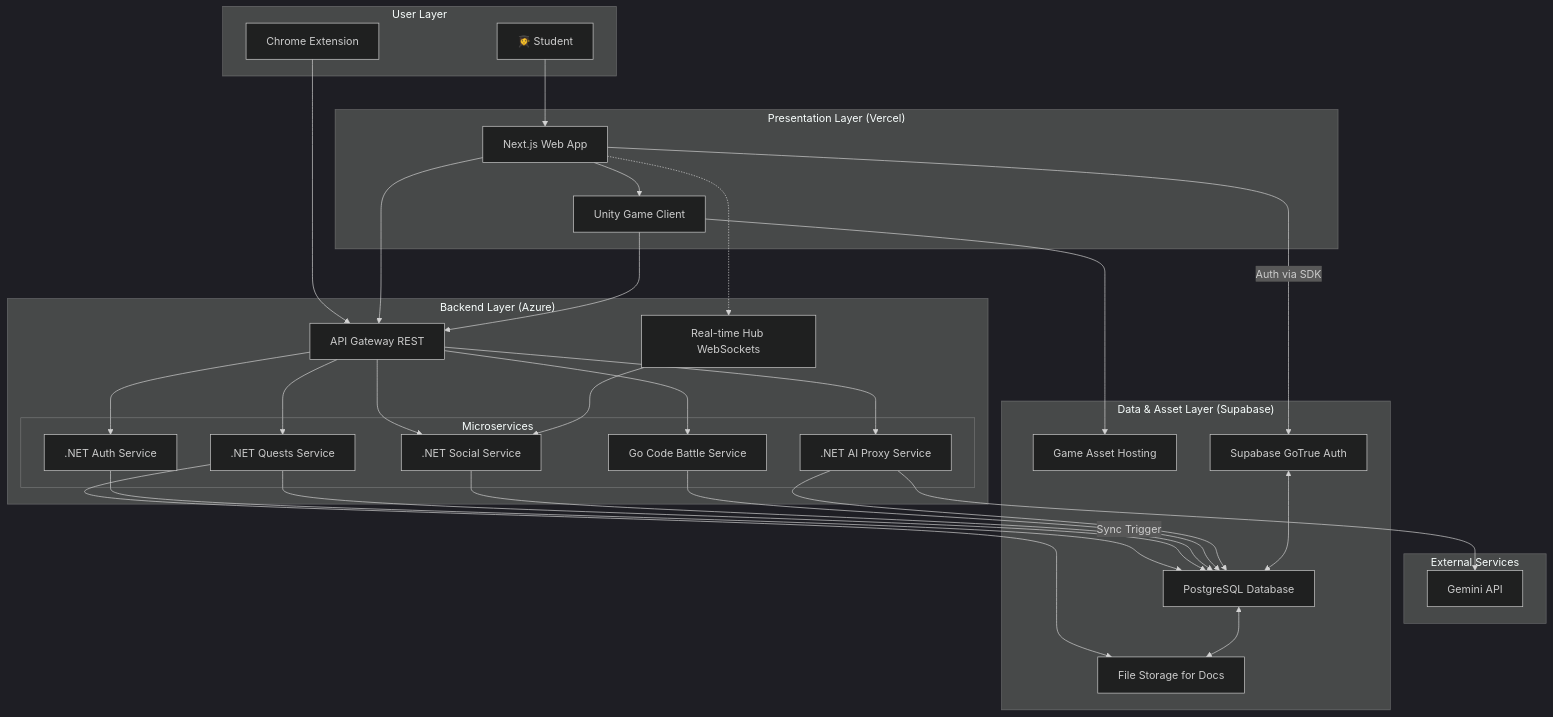
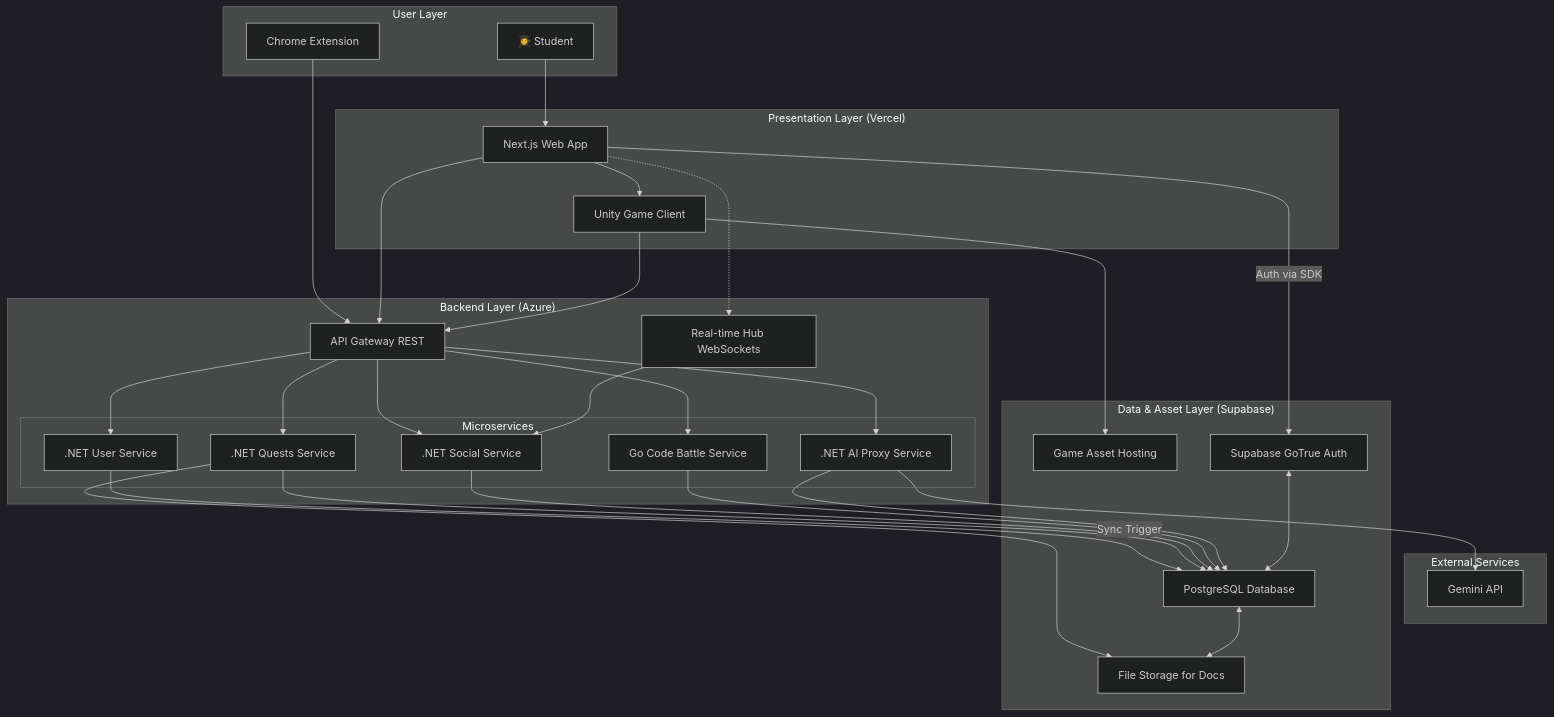
The first of 3 diagrams in docs/fullstack-architecture.md (FA25SE050-RogueLearn/RogueLearn.BMAD.Documentation), drawn with Mermaid (dark theme) before and after one commit. The commit also changed other lines of this file and 9 other files, not shown here.

````diff
--- a/docs/fullstack-architecture.md
+++ b/docs/fullstack-architecture.md
@@ -86,71 +86,71 @@
 ```mermaid
 graph TD
     subgraph "User Layer"
         User[👩‍🎓 Student]
         BrowserExtension[Chrome Extension]
     end
 
     subgraph "Presentation Layer (Vercel)"
         Frontend[Next.js Web App]
         UnityClient[Unity Game Client]
         Frontend --> UnityClient
     end
 
     subgraph "External Services"
         Gemini[Gemini API]
     end
 
     subgraph "Backend Layer (Azure)"
         APIGateway[API Gateway REST]
         RealtimeHub[Real-time Hub WebSockets]
         
         subgraph "Microservices"
-            AuthService[.NET Auth Service]
+            UserService[.NET User Service]
             QuestService[.NET Quests Service]
             SocialService[.NET Social Service]
             CodeBattleService[Go Code Battle Service]
             AIProxyService[.NET AI Proxy Service]
         end
     end
 
     subgraph "Data & Asset Layer (Supabase)"
         Database[PostgreSQL Database]
         FileStorage[File Storage for Docs]
         GameAssetHosting[Game Asset Hosting]
         SupabaseAuth[Supabase GoTrue Auth]
     end
 
     User --> Frontend
 
     BrowserExtension --> APIGateway
 
     Frontend -- Auth via SDK --> SupabaseAuth
     Frontend --> APIGateway
     Frontend -.-> RealtimeHub
 
     UnityClient --> GameAssetHosting
     UnityClient --> APIGateway
     
-    APIGateway --> AuthService
+    APIGateway --> UserService
     APIGateway --> QuestService
     APIGateway --> SocialService
     APIGateway --> CodeBattleService
     APIGateway --> AIProxyService
     
     RealtimeHub --> SocialService
 
-    AuthService -- Sync Trigger --> Database
+    UserService -- Sync Trigger --> Database
 
     QuestService --> Database
     QuestService --> FileStorage
     
     SocialService --> Database
     
     CodeBattleService --> Database
     
     AIProxyService --> Gemini
     AIProxyService --> Database
 
     Database <--> FileStorage
     SupabaseAuth <--> Database
 ```
````
